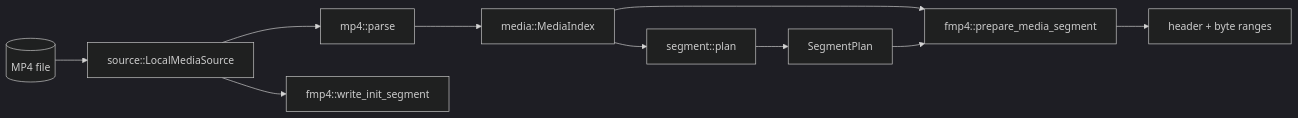
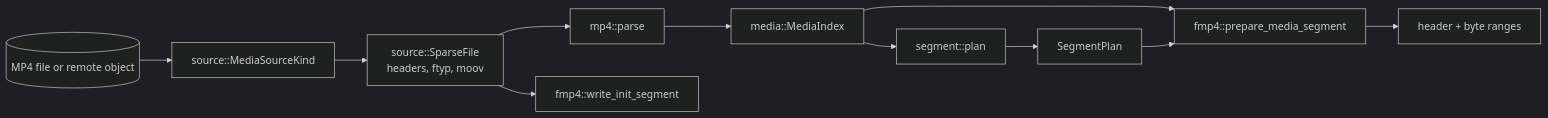
Before and after one commit to includeamin/segmentor: the diagram in docs/internals/media-pipeline.md, drawn with Mermaid (dark theme). The commit also changed other lines of this file and 62 other files, not shown here.

````diff
--- a/docs/internals/media-pipeline.md
+++ b/docs/internals/media-pipeline.md
@@ -5,12 +5,13 @@
 ```mermaid
 flowchart LR
-    File[(MP4 file)] --> Source[source::LocalMediaSource]
-    Source --> Parser[mp4::parse]
+    File[(MP4 file or remote object)] --> Source[source::MediaSourceKind]
+    Source --> Sparse[source::SparseFile<br/>headers, ftyp, moov]
+    Sparse --> Parser[mp4::parse]
     Parser --> Index[media::MediaIndex]
     Index --> Planner[segment::plan]
     Planner --> Plan[SegmentPlan]
     Index --> Frag[fmp4::prepare_media_segment]
     Plan --> Frag
-    Source --> Init[fmp4::write_init_segment]
+    Sparse --> Init[fmp4::write_init_segment]
     Frag --> Seg[header + byte ranges]
 ```
````
